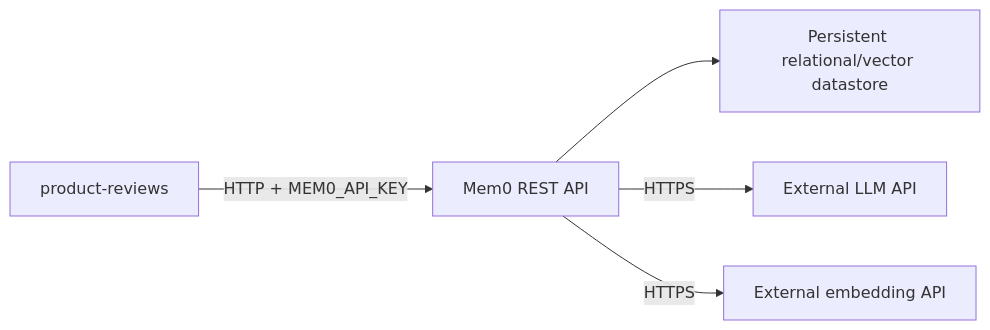
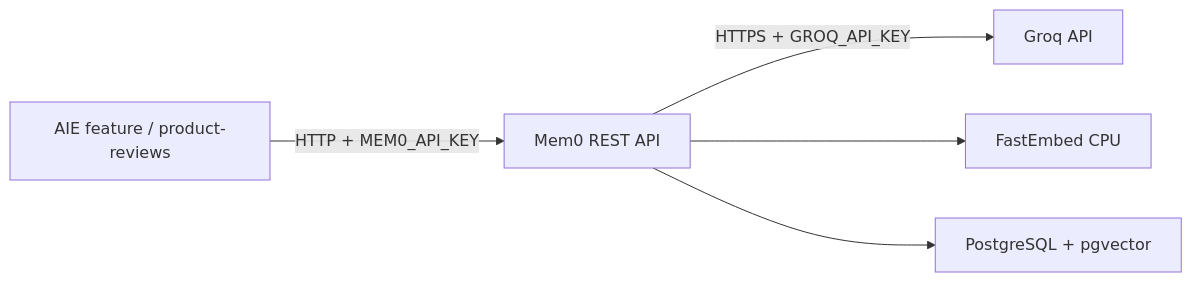
Before and after one commit to tf2-team/tf2-corp-platform: the diagram in docs/ai-engineering/mem0-self-hosted-deployment-handoff.md, drawn with Mermaid. The commit also changed other lines of this file and 1 other file, not shown here.

Commit message:
feat(ai): share custom Mem0 local setup

````diff
--- a/docs/ai-engineering/mem0-self-hosted-deployment-handoff.md
+++ b/docs/ai-engineering/mem0-self-hosted-deployment-handoff.md
@@ -18,7 +23,7 @@
 ```mermaid
 flowchart LR
-    PR["product-reviews"] -->|"HTTP + MEM0_API_KEY"| MEM0["Mem0 REST API"]
-    MEM0 --> STORE["Persistent relational/vector datastore"]
-    MEM0 -->|"HTTPS"| LLM["External LLM API"]
-    MEM0 -->|"HTTPS"| EMBED["External embedding API"]
+    APP["AIE feature / product-reviews"] -->|"HTTP + MEM0_API_KEY"| MEM0["Mem0 REST API"]
+    MEM0 -->|"HTTPS + GROQ_API_KEY"| GROQ["Groq API"]
+    MEM0 --> FAST["FastEmbed CPU"]
+    MEM0 --> PG["PostgreSQL + pgvector"]
 ```
````
